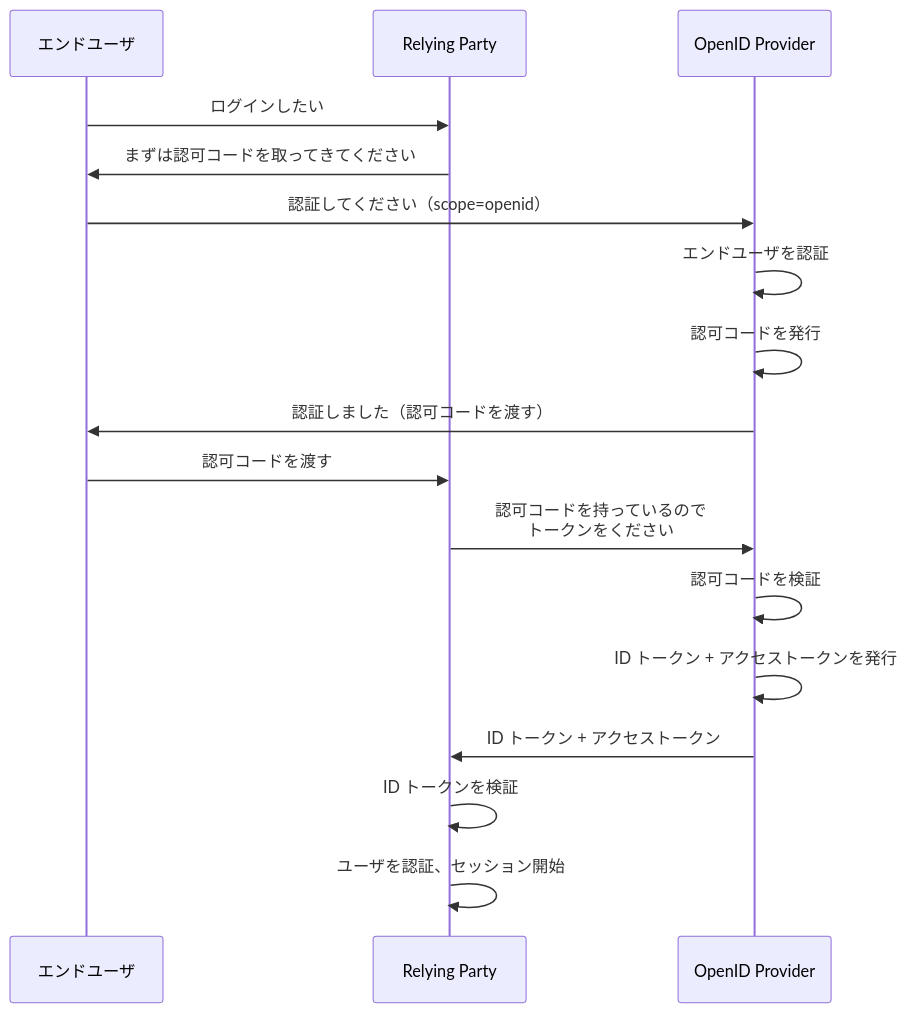
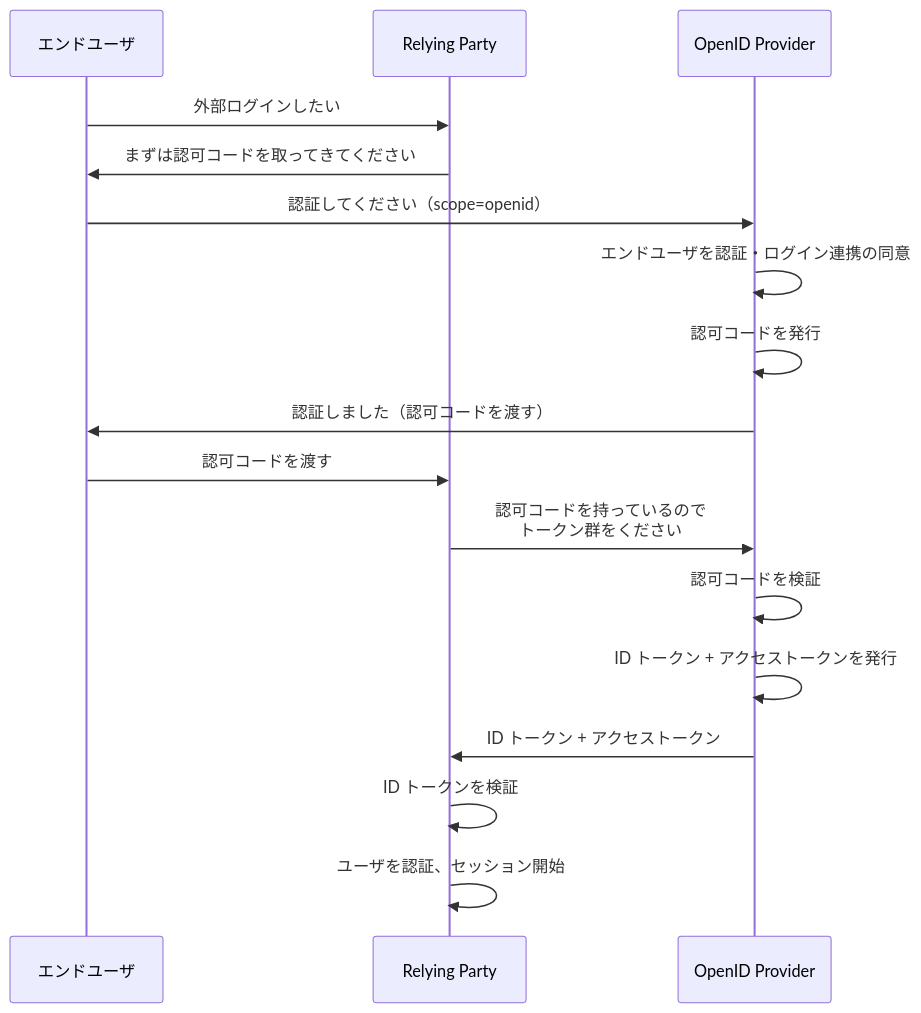
The diagram in books/sikkari-oauth-oidc/22-oidc-actors-flow.md (calloc134/zenn-dir), drawn with Mermaid before and after one commit.

Commit message:
oidcフローまわり記述

````diff
--- a/books/sikkari-oauth-oidc/22-oidc-actors-flow.md
+++ b/books/sikkari-oauth-oidc/22-oidc-actors-flow.md
@@ -89,20 +89,20 @@
 ```mermaid
 sequenceDiagram
     participant EU as エンドユーザ
     participant RP as Relying Party
     participant OP as OpenID Provider
 
-    EU->>RP: ログインしたい
+    EU->>RP: 外部ログインしたい
     RP->>EU: まずは認可コードを取ってきてください
     EU->>OP: 認証してください（scope=openid）
-    OP->>OP: エンドユーザを認証
+    OP->>OP: エンドユーザを認証・ログイン連携の同意
     OP->>OP: 認可コードを発行
     OP->>EU: 認証しました（認可コードを渡す）
     EU->>RP: 認可コードを渡す
-    RP->>OP: 認可コードを持っているので<br>トークンをください
+    RP->>OP: 認可コードを持っているので<br>トークン群をください
     OP->>OP: 認可コードを検証
     OP->>OP: ID トークン + アクセストークンを発行
     OP->>RP: ID トークン + アクセストークン
     RP->>RP: ID トークンを検証
     RP->>RP: ユーザを認証、セッション開始
 ```
````
